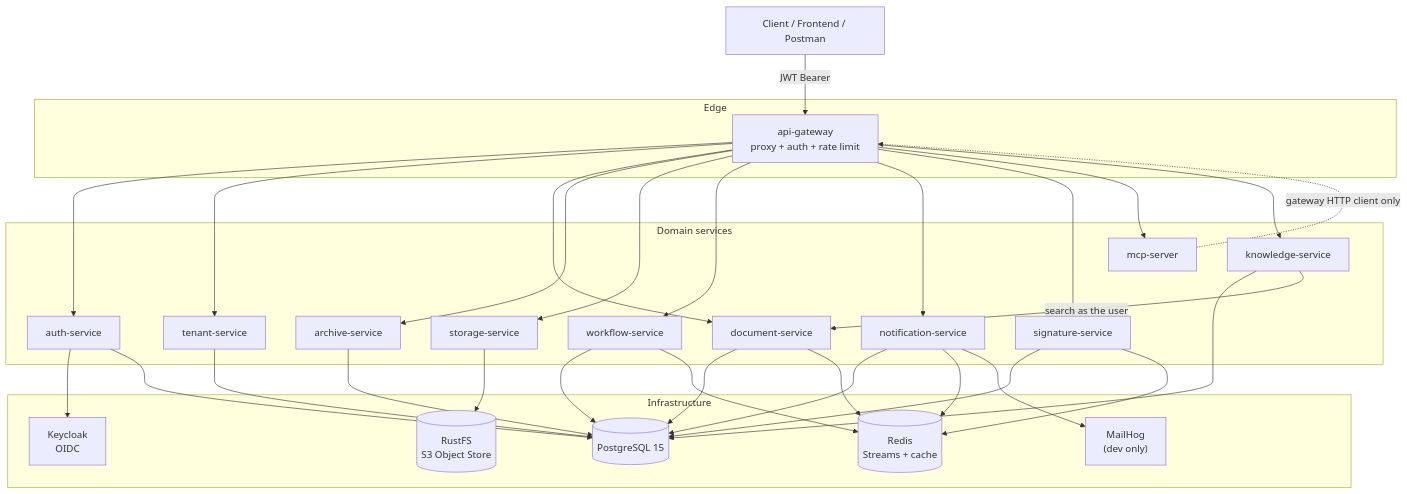
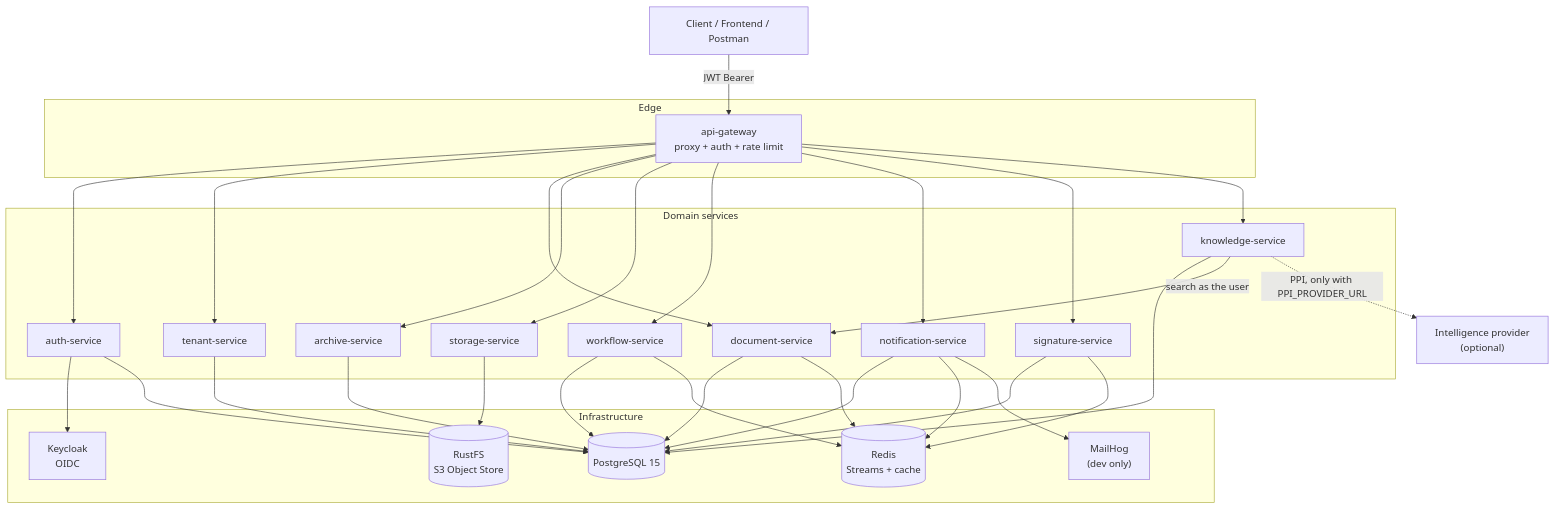
The first of 5 diagrams in docs/en/architecture.md (camilo1rp/docuboto), drawn with Mermaid before and after one commit. The commit also changed other lines of this file and 26 other files, not shown here.

Commit message:
docs: ADR-051 implementado, sin MCP y con PPI v1.4.0 (es/en)

````diff
--- a/docs/en/architecture.md
+++ b/docs/en/architecture.md
@@ -15,59 +15,57 @@
 ```mermaid
 graph TB
     Cliente["Client / Frontend / Postman"]
 
     subgraph edge["Edge"]
         GW["api-gateway<br/>proxy + auth + rate limit"]
     end
 
     subgraph core["Domain services"]
         AUTH["auth-service"]
         TEN["tenant-service"]
         DOC["document-service"]
         ARC["archive-service"]
         STO["storage-service"]
         WF["workflow-service"]
         NOT["notification-service"]
         SIG["signature-service"]
-        MCP["mcp-server"]
         KNO["knowledge-service"]
     end
 
     subgraph infra["Infrastructure"]
         PG[("PostgreSQL 15")]
         REDIS[("Redis<br/>Streams + cache")]
         MINIO[("RustFS<br/>S3 Object Store")]
         KC["Keycloak<br/>OIDC"]
         MAIL["MailHog<br/>(dev only)"]
     end
 
     Cliente -->|JWT Bearer| GW
     GW --> AUTH
     GW --> TEN
     GW --> DOC
     GW --> ARC
     GW --> STO
     GW --> WF
     GW --> NOT
     GW --> SIG
-    GW --> MCP
     GW --> KNO
 
     AUTH --> KC
     AUTH --> PG
     TEN --> PG
     DOC --> PG
     DOC --> REDIS
     ARC --> PG
     STO --> MINIO
     WF --> PG
     WF --> REDIS
     NOT --> PG
     NOT --> REDIS
     NOT --> MAIL
     SIG --> PG
     SIG --> REDIS
     KNO --> PG
     KNO -->|search as the user| DOC
-    MCP -.->|gateway HTTP client only| GW
+    KNO -.->|PPI, only with PPI_PROVIDER_URL| PPI["Intelligence provider<br/>(optional)"]
 ```
````
